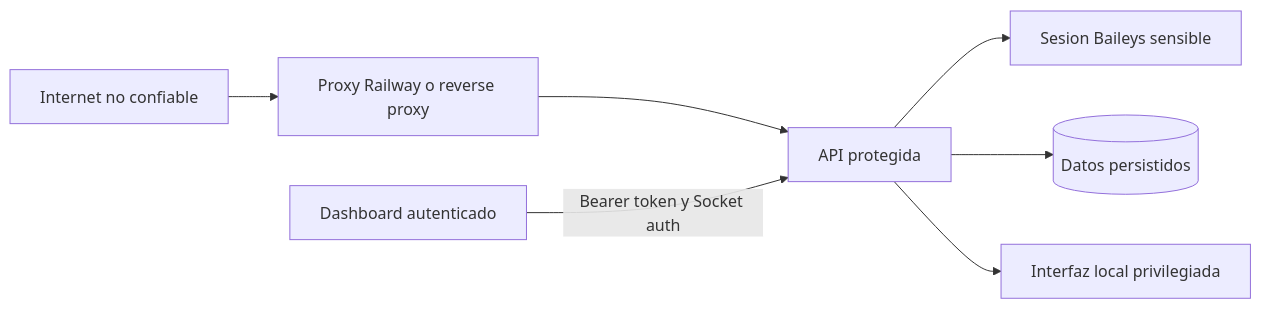
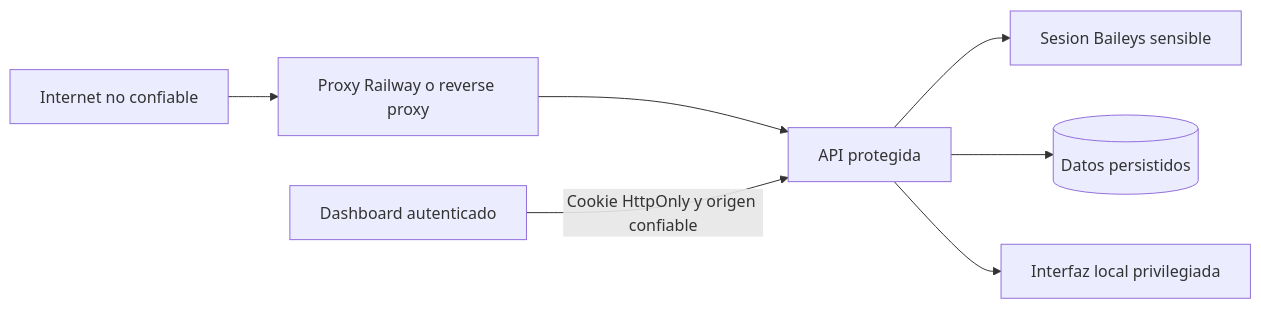
Before and after one commit to deco31416/wp-monitor: the third of 3 diagrams in docs/architecture/README.md, drawn with Mermaid. The commit also changed other lines of this file and 121 other files, not shown here.

````diff
--- a/docs/architecture/README.md
+++ b/docs/architecture/README.md
@@ -132,16 +133,16 @@
 ```mermaid
 flowchart LR
     Public[Internet no confiable]
     Proxy[Proxy Railway o reverse proxy]
     API[API protegida]
     Browser[Dashboard autenticado]
     Session[Sesion Baileys sensible]
     Mongo[(Datos persistidos)]
     Capture[Interfaz local privilegiada]
 
     Public --> Proxy --> API
-    Browser -->|Bearer token y Socket auth| API
+    Browser -->|Cookie HttpOnly y origen confiable| API
     API --> Session
     API --> Mongo
     API --> Capture
 ```
````
